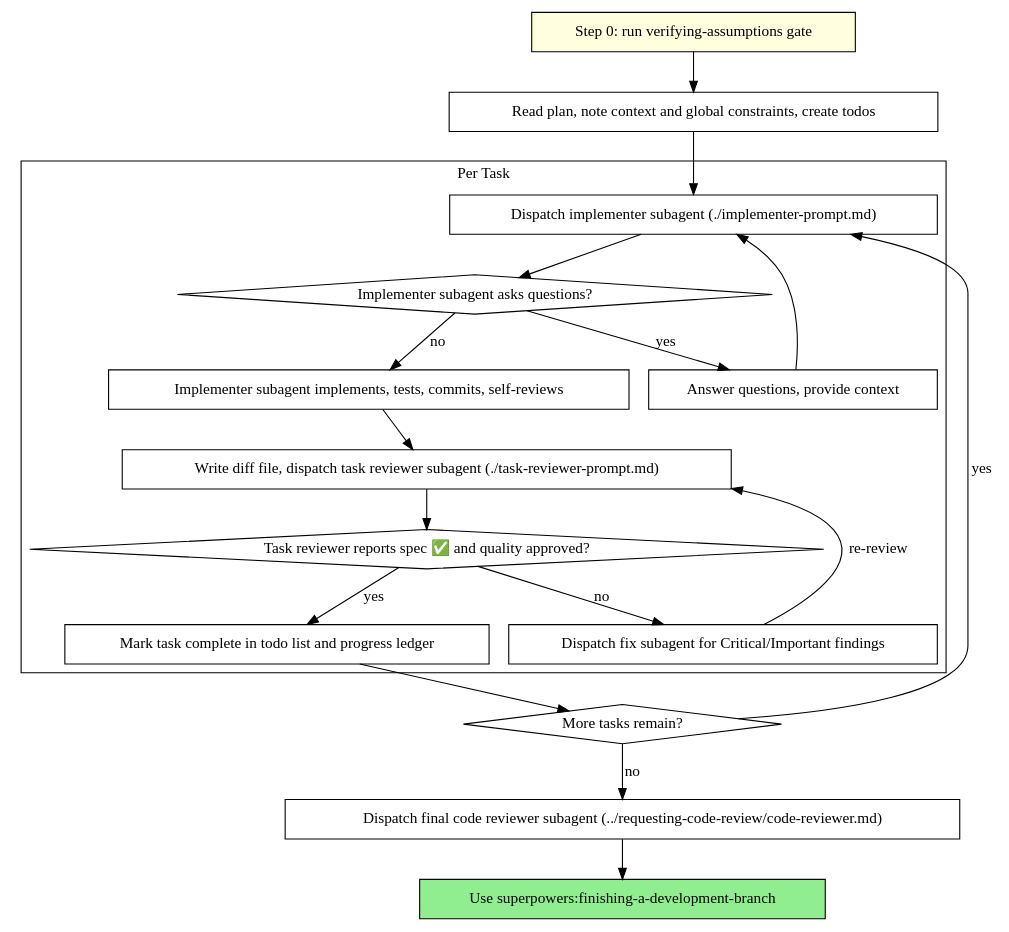
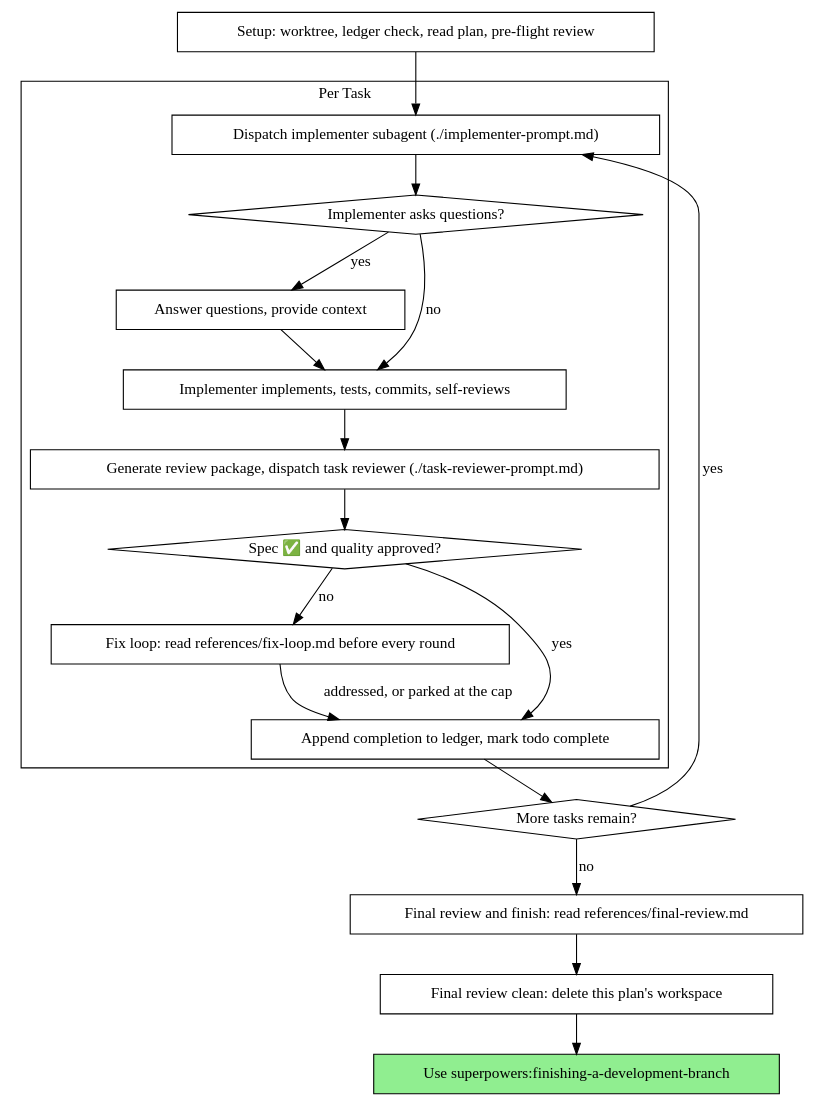
Before and after one commit to PressAltQQ/superpowers: the second of 2 diagrams in skills/subagent-driven-development/SKILL.md, drawn with Graphviz. The commit also changed other lines of this file and 169 other files, not shown here.

````diff
--- a/skills/subagent-driven-development/SKILL.md
+++ b/skills/subagent-driven-development/SKILL.md
@@ -58,39 +61,39 @@
 ```dot
 digraph process {
     rankdir=TB;
 
     subgraph cluster_per_task {
         label="Per Task";
         "Dispatch implementer subagent (./implementer-prompt.md)" [shape=box];
-        "Implementer subagent asks questions?" [shape=diamond];
+        "Implementer asks questions?" [shape=diamond];
         "Answer questions, provide context" [shape=box];
-        "Implementer subagent implements, tests, commits, self-reviews" [shape=box];
-        "Write diff file, dispatch task reviewer subagent (./task-reviewer-prompt.md)" [shape=box];
-        "Task reviewer reports spec ✅ and quality approved?" [shape=diamond];
-        "Dispatch fix subagent for Critical/Important findings" [shape=box];
-        "Mark task complete in todo list and progress ledger" [shape=box];
+        "Implementer implements, tests, commits, self-reviews" [shape=box];
+        "Generate review package, dispatch task reviewer (./task-reviewer-prompt.md)" [shape=box];
+        "Spec ✅ and quality approved?" [shape=diamond];
+        "Fix loop: read references/fix-loop.md before every round" [shape=box];
+        "Append completion to ledger, mark todo complete" [shape=box];
     }
 
-    "Step 0: run verifying-assumptions gate" [shape=box style=filled fillcolor=lightyellow];
-    "Read plan, note context and global constraints, create todos" [shape=box];
+    "Setup: worktree, ledger check, read plan, pre-flight review" [shape=box];
     "More tasks remain?" [shape=diamond];
-    "Dispatch final code reviewer subagent (../requesting-code-review/code-reviewer.md)" [shape=box];
+    "Final review and finish: read references/final-review.md" [shape=box];
+    "Final review clean: delete this plan's workspace" [shape=box];
     "Use superpowers:finishing-a-development-branch" [shape=box style=filled fillcolor=lightgreen];
 
-    "Step 0: run verifying-assumptions gate" -> "Read plan, note context and global constraints, create todos";
-    "Read plan, note context and global constraints, create todos" -> "Dispatch implementer subagent (./implementer-prompt.md)";
-    "Dispatch implementer subagent (./implementer-prompt.md)" -> "Implementer subagent asks questions?";
-    "Implementer subagent asks questions?" -> "Answer questions, provide context" [label="yes"];
-    "Answer questions, provide context" -> "Dispatch implementer subagent (./implementer-prompt.md)";
-    "Implementer subagent asks questions?" -> "Implementer subagent implements, tests, commits, self-reviews" [label="no"];
-    "Implementer subagent implements, tests, commits, self-reviews" -> "Write diff file, dispatch task reviewer subagent (./task-reviewer-prompt.md)";
-    "Write diff file, dispatch task reviewer subagent (./task-reviewer-prompt.md)" -> "Task reviewer reports spec ✅ and quality approved?";
-    "Task reviewer reports spec ✅ and quality approved?" -> "Dispatch fix subagent for Critical/Important findings" [label="no"];
-    "Dispatch fix subagent for Critical/Important findings" -> "Write diff file, dispatch task reviewer subagent (./task-reviewer-prompt.md)" [label="re-review"];
-    "Task reviewer reports spec ✅ and quality approved?" -> "Mark task complete in todo list and progress ledger" [label="yes"];
-    "Mark task complete in todo list and progress ledger" -> "More tasks remain?";
+    "Setup: worktree, ledger check, read plan, pre-flight review" -> "Dispatch implementer subagent (./implementer-prompt.md)";
+    "Dispatch implementer subagent (./implementer-prompt.md)" -> "Implementer asks questions?";
+    "Implementer asks questions?" -> "Answer questions, provide context" [label="yes"];
+    "Answer questions, provide context" -> "Implementer implements, tests, commits, self-reviews";
+    "Implementer asks questions?" -> "Implementer implements, tests, commits, self-reviews" [label="no"];
+    "Implementer implements, tests, commits, self-reviews" -> "Generate review package, dispatch task reviewer (./task-reviewer-prompt.md)";
+    "Generate review package, dispatch task reviewer (./task-reviewer-prompt.md)" -> "Spec ✅ and quality approved?";
+    "Spec ✅ and quality approved?" -> "Append completion to ledger, mark todo complete" [label="yes"];
+    "Spec ✅ and quality approved?" -> "Fix loop: read references/fix-loop.md before every round" [label="no"];
+    "Fix loop: read references/fix-loop.md before every round" -> "Append completion to ledger, mark todo complete" [label="addressed, or parked at the cap"];
+    "Append completion to ledger, mark todo complete" -> "More tasks remain?";
     "More tasks remain?" -> "Dispatch implementer subagent (./implementer-prompt.md)" [label="yes"];
-    "More tasks remain?" -> "Dispatch final code reviewer subagent (../requesting-code-review/code-reviewer.md)" [label="no"];
-    "Dispatch final code reviewer subagent (../requesting-code-review/code-reviewer.md)" -> "Use superpowers:finishing-a-development-branch";
+    "More tasks remain?" -> "Final review and finish: read references/final-review.md" [label="no"];
+    "Final review and finish: read references/final-review.md" -> "Final review clean: delete this plan's workspace";
+    "Final review clean: delete this plan's workspace" -> "Use superpowers:finishing-a-development-branch";
 }
 ```
````
